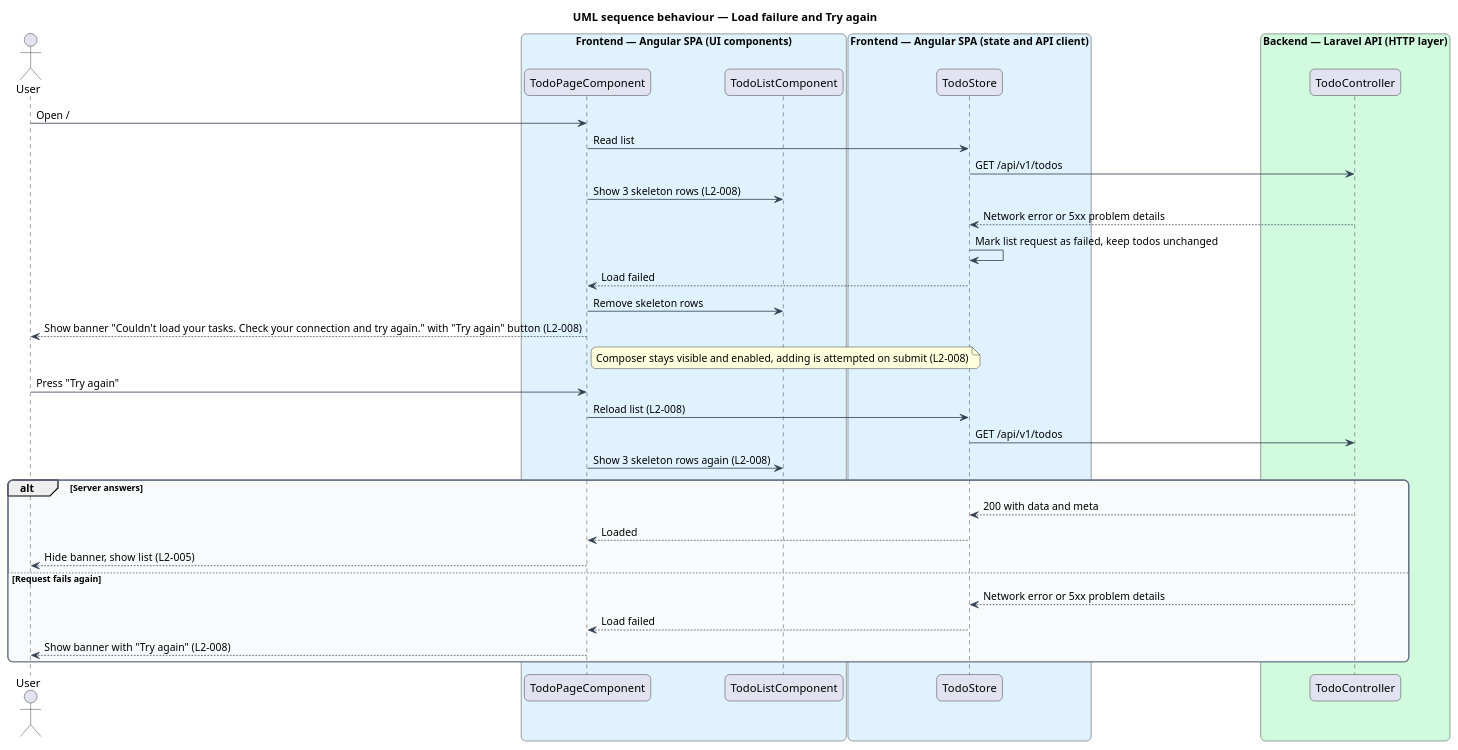
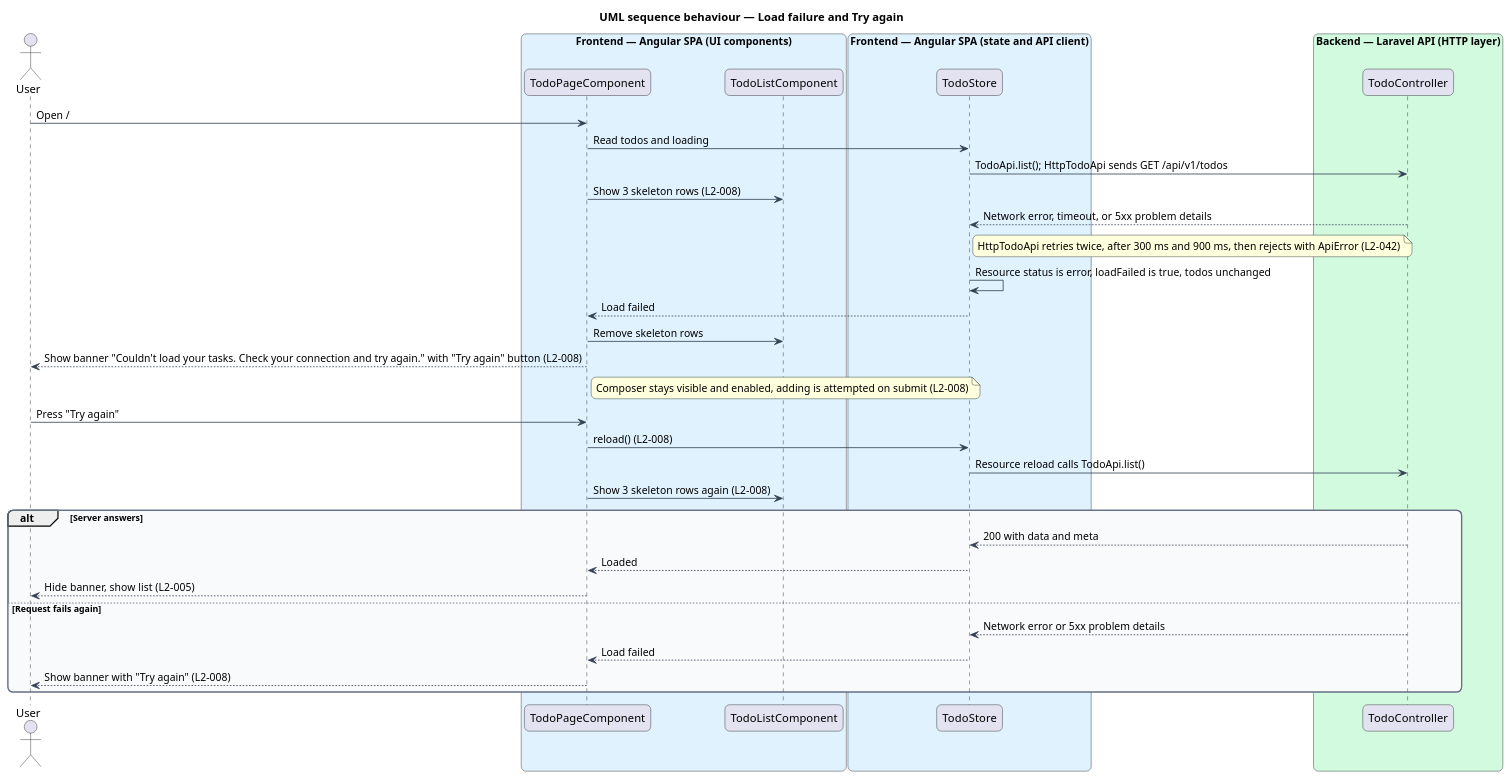
One commit to QuinntyneBrown/php-todo-lab changed the diagram in docs/detailed-designs/task-browsing/list-tasks/diagrams/sequence-load-list-failure.puml. Above: the diagram before and after it, drawn with PlantUML. The commit also changed 189 other files, not shown here.

```diff
--- a/docs/detailed-designs/task-browsing/list-tasks/diagrams/sequence-load-list-failure.puml
+++ b/docs/detailed-designs/task-browsing/list-tasks/diagrams/sequence-load-list-failure.puml
@@ -1,51 +1,52 @@
 @startuml
 title UML sequence behaviour — Load failure and Try again
 skinparam backgroundColor #FFFFFF
 skinparam shadowing false
 skinparam roundcorner 12
 skinparam defaultFontName Arial
 skinparam ArrowColor #344054
 skinparam rectangle {
   BorderColor #344054
   FontColor #101828
 }
 skinparam package {
   BorderColor #667085
   FontColor #101828
   BackgroundColor #F9FAFB
 }
 actor "User" as user
 box "Frontend — Angular SPA (UI components)" #E0F2FE
   participant "TodoPageComponent" as page
   participant "TodoListComponent" as list
 end box
 box "Frontend — Angular SPA (state and API client)" #E0F2FE
   participant "TodoStore" as store
 end box
 box "Backend — Laravel API (HTTP layer)" #D1FADF
   participant "TodoController" as controller
 end box
 user -> page : Open /
-page -> store : Read list
-store -> controller : GET /api/v1/todos
+page -> store : Read todos and loading
+store -> controller : TodoApi.list(); HttpTodoApi sends GET /api/v1/todos
 page -> list : Show 3 skeleton rows (L2-008)
-controller --> store : Network error or 5xx problem details
-store -> store : Mark list request as failed, keep todos unchanged
+controller --> store : Network error, timeout, or 5xx problem details
+note right of store : HttpTodoApi retries twice, after 300 ms and 900 ms, then rejects with ApiError (L2-042)
+store -> store : Resource status is error, loadFailed is true, todos unchanged
 store --> page : Load failed
 page -> list : Remove skeleton rows
 page --> user : Show banner "Couldn't load your tasks. Check your connection and try again." with "Try again" button (L2-008)
 note right of page : Composer stays visible and enabled, adding is attempted on submit (L2-008)
 user -> page : Press "Try again"
-page -> store : Reload list (L2-008)
-store -> controller : GET /api/v1/todos
+page -> store : reload() (L2-008)
+store -> controller : Resource reload calls TodoApi.list()
 page -> list : Show 3 skeleton rows again (L2-008)
 alt Server answers
   controller --> store : 200 with data and meta
   store --> page : Loaded
   page --> user : Hide banner, show list (L2-005)
 else Request fails again
   controller --> store : Network error or 5xx problem details
   store --> page : Load failed
   page --> user : Show banner with "Try again" (L2-008)
 end
 @enduml
```
